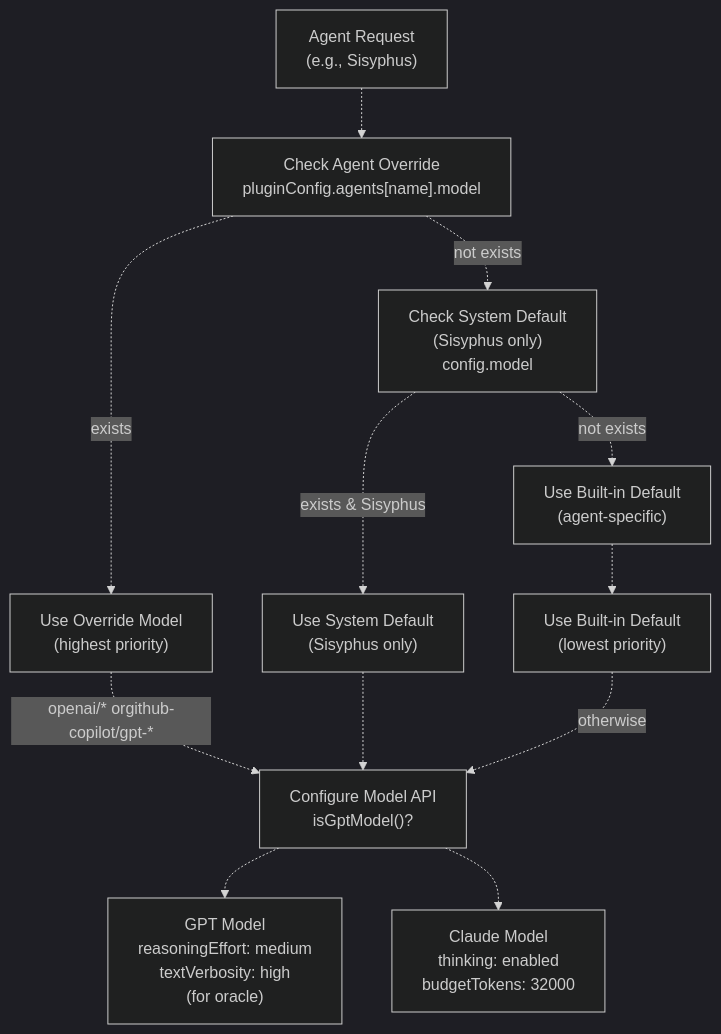
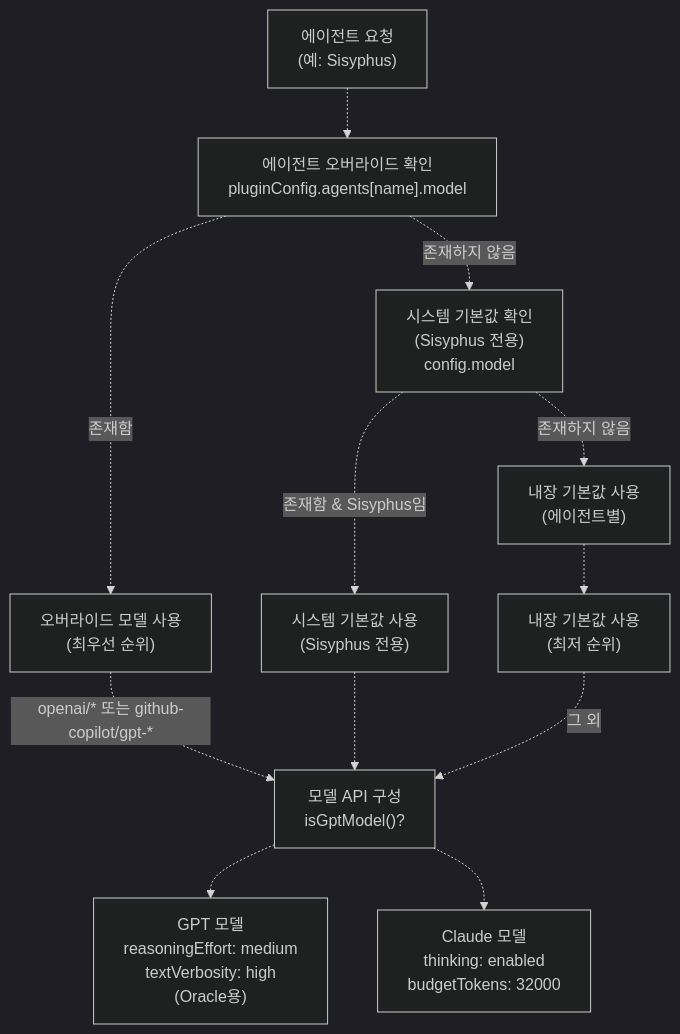
The first of 4 diagrams in docs/advanced/model-configuration.md (felipetruman/oh-my-opencode-docs), drawn with Mermaid (dark theme) before and after one commit. The commit also changed other lines of this file and 76 other files, not shown here.

````diff
--- a/docs/advanced/model-configuration.md
+++ b/docs/advanced/model-configuration.md
@@ -30,26 +30,26 @@
 ```mermaid
 flowchart TD
 
-Request["Agent Request<br>(e.g., Sisyphus)"]
-Check1["Check Agent Override<br>pluginConfig.agents[name].model"]
-Check2["Check System Default<br>(Sisyphus only)<br>config.model"]
-Check3["Use Built-in Default<br>(agent-specific)"]
-Override["Use Override Model<br>(highest priority)"]
-System["Use System Default<br>(Sisyphus only)"]
-Builtin["Use Built-in Default<br>(lowest priority)"]
-Configure["Configure Model API<br>isGptModel()?"]
-GPT["GPT Model<br>reasoningEffort: medium<br>textVerbosity: high<br>(for oracle)"]
-Claude["Claude Model<br>thinking: enabled<br>budgetTokens: 32000"]
+Request["에이전트 요청<br>(예: Sisyphus)"]
+Check1["에이전트 오버라이드 확인<br>pluginConfig.agents[name].model"]
+Check2["시스템 기본값 확인<br>(Sisyphus 전용)<br>config.model"]
+Check3["내장 기본값 사용<br>(에이전트별)"]
+Override["오버라이드 모델 사용<br>(최우선 순위)"]
+System["시스템 기본값 사용<br>(Sisyphus 전용)"]
+Builtin["내장 기본값 사용<br>(최저 순위)"]
+Configure["모델 API 구성<br>isGptModel()?"]
+GPT["GPT 모델<br>reasoningEffort: medium<br>textVerbosity: high<br>(Oracle용)"]
+Claude["Claude 모델<br>thinking: enabled<br>budgetTokens: 32000"]
 
 Request -.-> Check1
-Check1 -.->|"exists"| Override
-Check1 -.->|"not exists"| Check2
-Check2 -.->|"exists & Sisyphus"| System
-Check2 -.->|"not exists"| Check3
+Check1 -.->|"존재함"| Override
+Check1 -.->|"존재하지 않음"| Check2
+Check2 -.->|"존재함 & Sisyphus임"| System
+Check2 -.->|"존재하지 않음"| Check3
 Check3 -.-> Builtin
-Override -.->|"openai/* orgithub-copilot/gpt-*"| Configure
+Override -.->|"openai/* 또는 github-copilot/gpt-*"| Configure
 System -.-> Configure
-Builtin -.->|"otherwise"| Configure
+Builtin -.->|"그 외"| Configure
 Configure -.-> GPT
 Configure -.-> Claude
 ```
````
